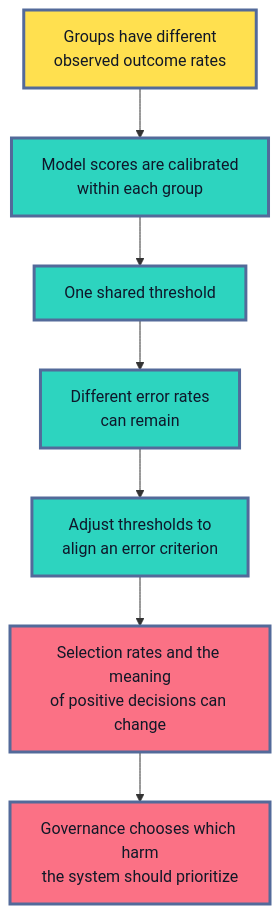
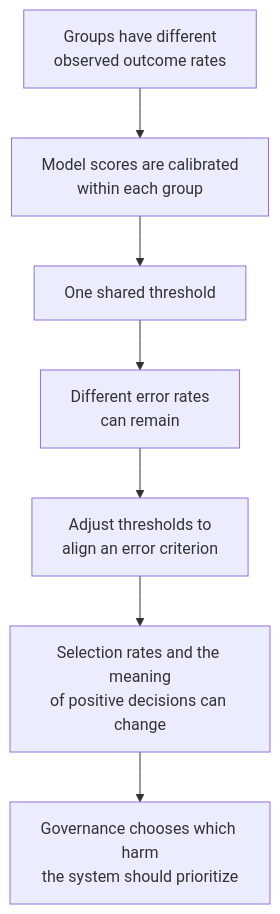
The seventh of 14 diagrams in roadmaps/mlops/modules/model-evaluation/production-readiness/02-bias-fairness-responsible-evaluation.md (senlinyy/dev-roadmaps), drawn with Mermaid before and after one commit. The commit also changed other lines of this file and 152 other files, not shown here.

Commit message:
feat: mlops and diagrams updated

````diff
--- a/roadmaps/mlops/modules/model-evaluation/production-readiness/02-bias-fairness-responsible-evaluation.md
+++ b/roadmaps/mlops/modules/model-evaluation/production-readiness/02-bias-fairness-responsible-evaluation.md
@@ -483,16 +464,13 @@
 ```mermaid
 flowchart TD
     A["Groups have different<br/>observed outcome rates"] --> B["Model scores are calibrated<br/>within each group"]
     B --> C["One shared threshold"]
     C --> D["Different error rates<br/>can remain"]
     D --> E["Adjust thresholds to<br/>align an error criterion"]
     E --> F["Selection rates and the meaning<br/>of positive decisions can change"]
     F --> G["Governance chooses which harm<br/>the system should prioritize"]
 
-    classDef condition fill:#FFE04F,stroke:#536A9A,stroke-width:3px,color:#111827
-    classDef mechanism fill:#2DD4BF,stroke:#536A9A,stroke-width:3px,color:#0F172A
-    classDef tradeoff fill:#FB7185,stroke:#536A9A,stroke-width:3px,color:#111827
     class A condition
     class B,C,D,E mechanism
     class F,G tradeoff
 ```
````
